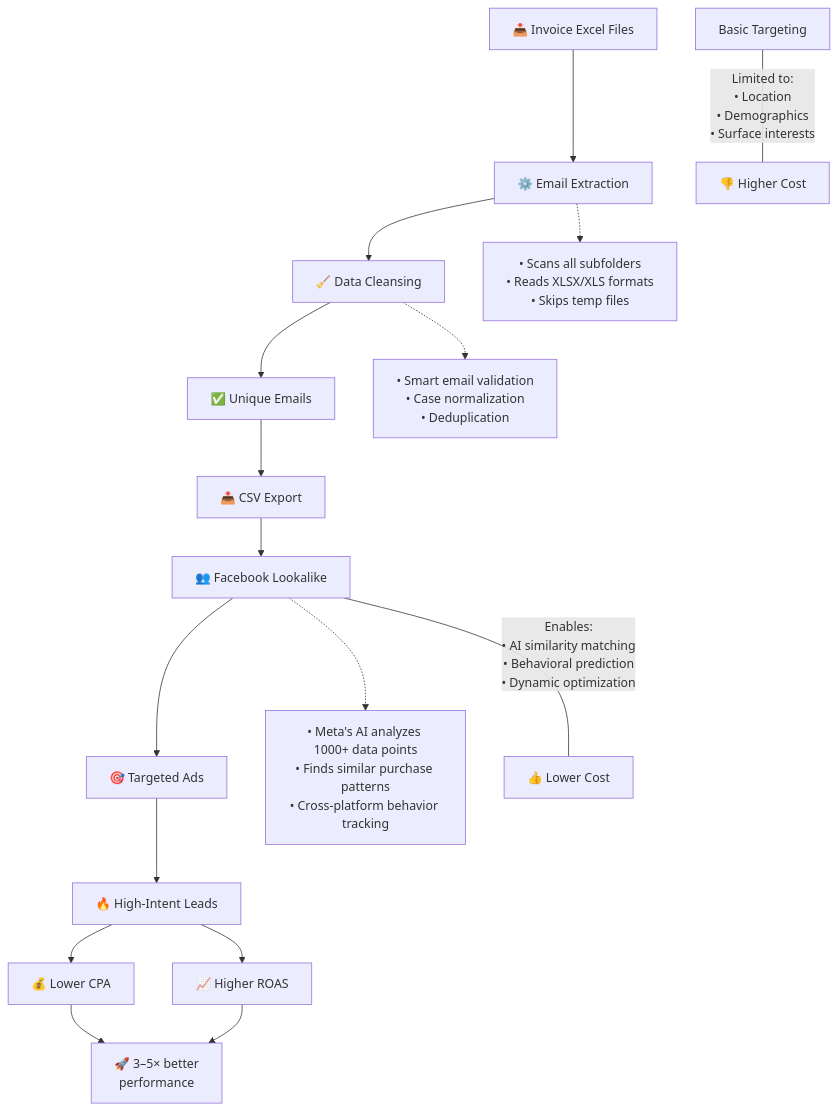
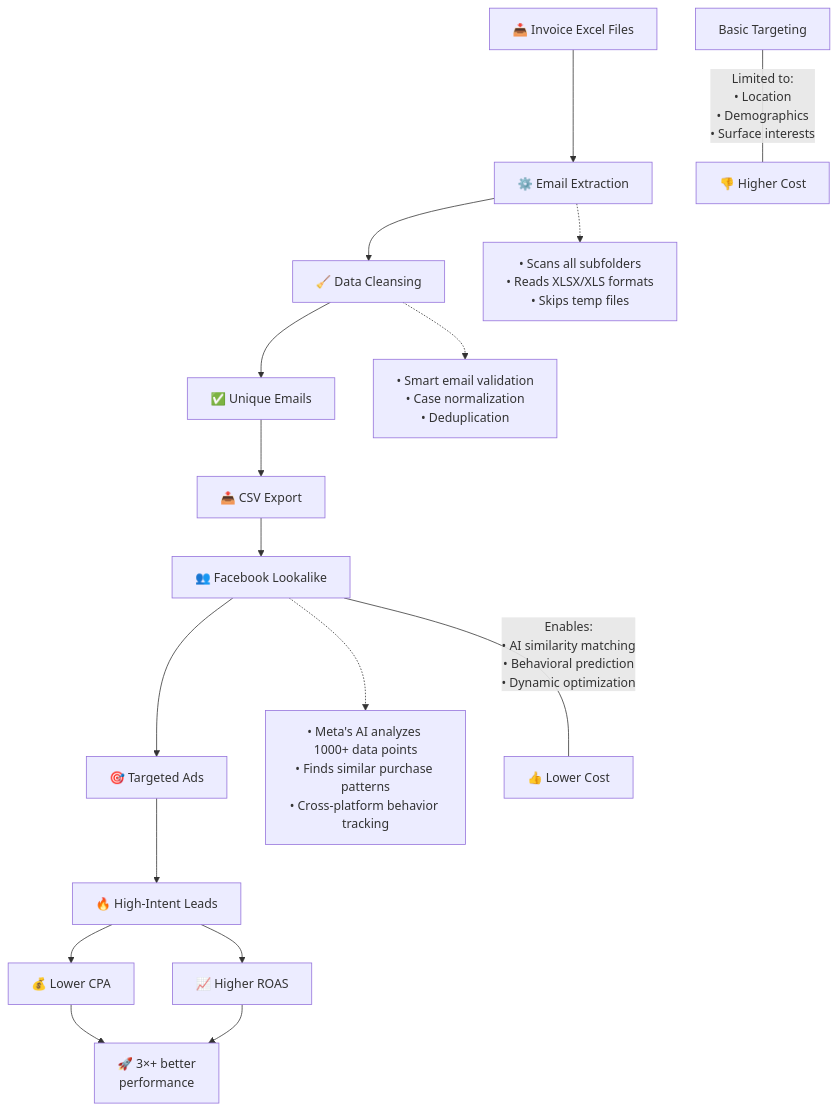
Before and after one commit to AleksandrVinnik/Excel-Invoice-Email-Parser: the diagram in README.md, drawn with Mermaid. The commit also changed other lines of this file, not shown here.

````diff
--- a/README.md
+++ b/README.md
@@ -23,27 +23,26 @@
 ```mermaid
 graph TD
 
     %% ====== CORE WORKFLOW ====== %%
     A[📥 Invoice Excel Files] --> B[⚙️ Email Extraction]
     B --> C[🧹 Data Cleansing]
     C --> D[✅ Unique Emails]
     D --> E[📤 CSV Export]
     E --> F[👥 Facebook Lookalike]
     F --> G[🎯 Targeted Ads]
     G --> H[🔥 High-Intent Leads]
     
     %% ====== KEY FEATURES ====== %%
     B -.-> B1["• Scans all subfolders<br>• Reads XLSX/XLS formats<br>• Skips temp files"]
     C -.-> C1["• Smart email validation<br>• Case normalization<br>• Deduplication"]
     F -.-> F1["• Meta's AI analyzes 1000+ data points<br>• Finds similar purchase patterns<br>• Cross-platform behavior tracking"]
     
     %% ====== PERFORMANCE BENEFITS ====== %%
     H --> I[💰 Lower CPA]
     H --> J[📈 Higher ROAS]
-    I & J --> K["🚀 3–5× better<br>performance"]
+    I & J --> K["🚀 3×+ better<br>performance"]
     
     %% ====== VS BASIC TARGETING ====== %%
     L[Basic Targeting] --- |"Limited to:<br>• Location<br>• Demographics<br>• Surface interests"| M[👎 Higher Cost]
     F --- |"Enables:<br>• AI similarity matching<br>• Behavioral prediction<br>• Dynamic optimization"| N[👍 Lower Cost]
-
 ```
````
